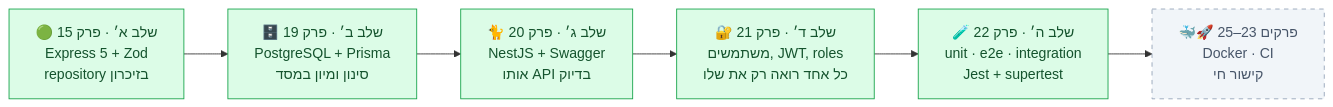
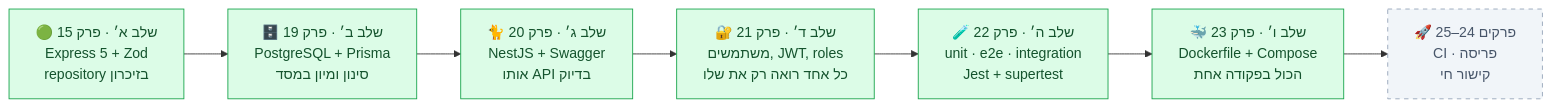
The second of 4 diagrams in README.md (yeudaba/backend-course-he), drawn with Mermaid before and after one commit. The commit also changed other lines of this file and 2 other files, not shown here.

First line of the commit message:
README ו־HANDOFF: פרק 23 הושלם, הצעד הבא — פרק 24

````diff
--- a/README.md
+++ b/README.md
@@ -225,10 +227,11 @@
 ```mermaid
 flowchart LR
   A["🟢 שלב א׳ · פרק 15<br/>Express 5 + Zod<br/>repository בזיכרון"]:::done --> B["🗄️ שלב ב׳ · פרק 19<br/>PostgreSQL + Prisma<br/>סינון ומיון במסד"]:::done
   B --> C["🐈 שלב ג׳ · פרק 20<br/>NestJS + Swagger<br/>אותו API בדיוק"]:::done
   C --> D["🔐 שלב ד׳ · פרק 21<br/>משתמשים, JWT, roles<br/>כל אחד רואה רק את שלו"]:::done
   D --> E["🧪 שלב ה׳ · פרק 22<br/>unit · e2e · integration<br/>Jest + supertest"]:::done
-  E --> F["🐳🚀 פרקים 23–25<br/>Docker · CI<br/>קישור חי"]:::planned
+  E --> F["🐳 שלב ו׳ · פרק 23<br/>Dockerfile + Compose<br/>הכול בפקודה אחת"]:::done
+  F --> G["🚀 פרקים 24–25<br/>CI · פריסה<br/>קישור חי"]:::planned
   classDef done fill:#dcfce7,stroke:#16a34a,color:#14532d
   classDef planned fill:#f1f5f9,stroke:#94a3b8,color:#475569,stroke-dasharray: 5 5
 ```
````
